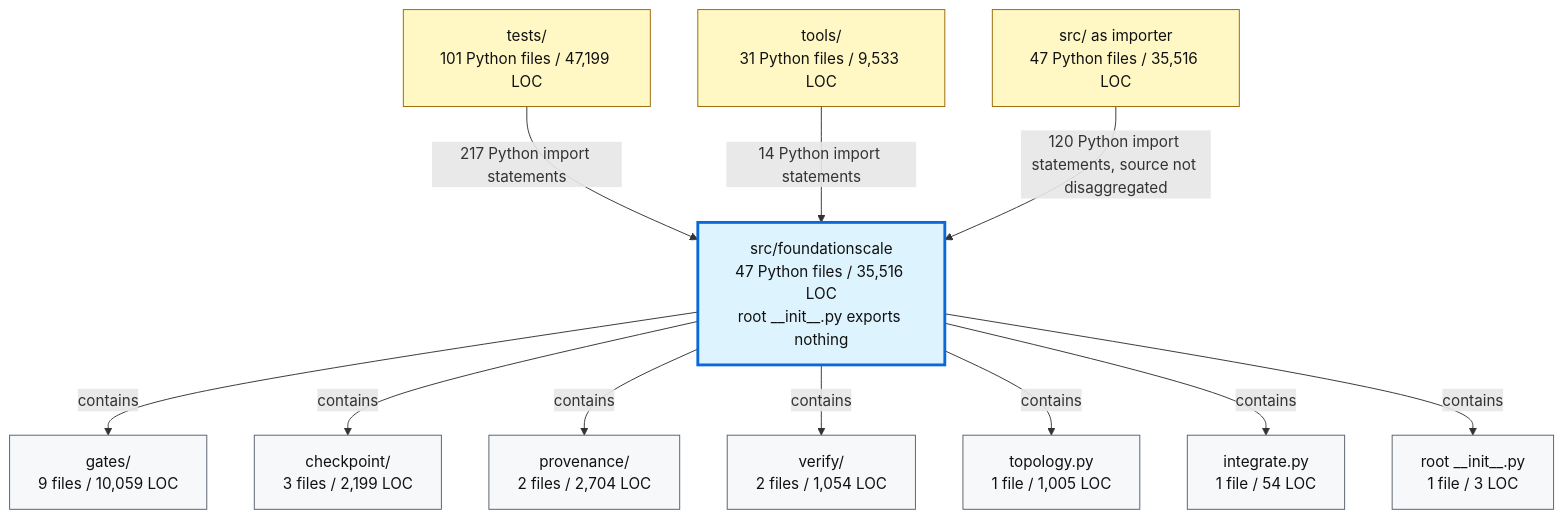
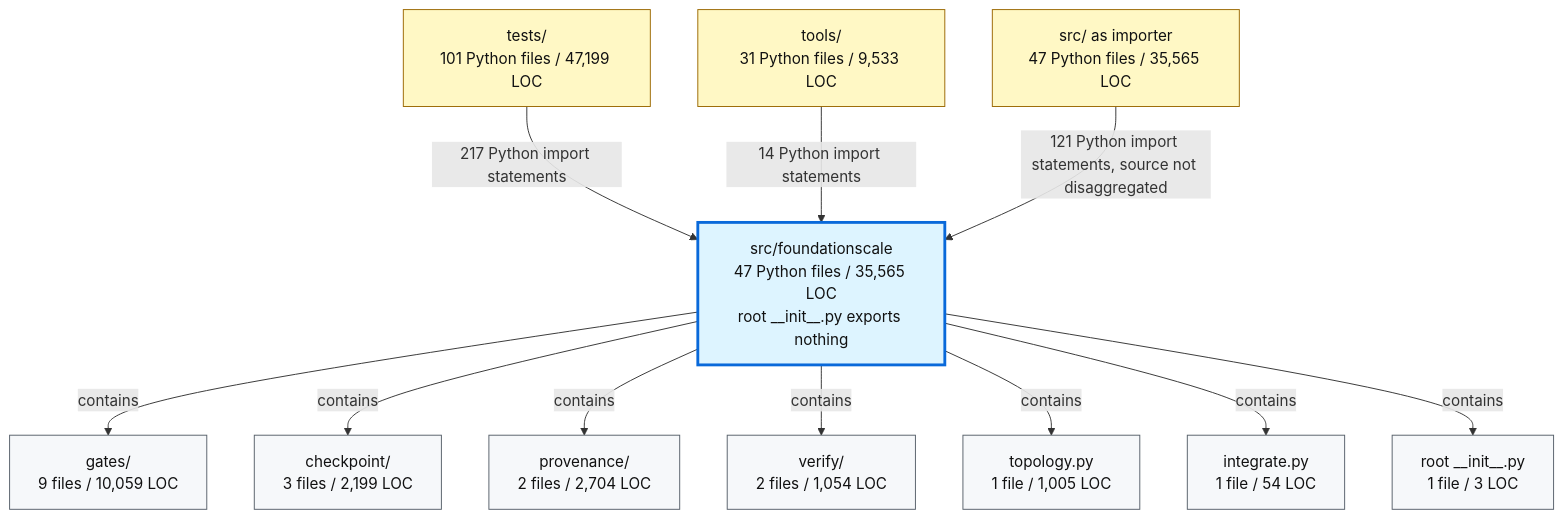
One commit to TranNhiem/FoundationScale changed the second of 2 diagrams in docs/review/D2_current_architecture.md. Above: the diagram before and after it, drawn with Mermaid. The commit also changed other lines of this file and 10 other files, not shown here.

````diff
--- a/docs/review/D2_current_architecture.md
+++ b/docs/review/D2_current_architecture.md
@@ -97,36 +97,36 @@
 ```mermaid
 flowchart TB
   TESTS["tests/<br/>101 Python files / 47,199 LOC"]
   TOOLS["tools/<br/>31 Python files / 9,533 LOC"]
-  SRC["src/ as importer<br/>47 Python files / 35,516 LOC"]
+  SRC["src/ as importer<br/>47 Python files / 35,565 LOC"]
 
-  FS["src/foundationscale<br/>47 Python files / 35,516 LOC<br/>root __init__.py exports nothing"]
+  FS["src/foundationscale<br/>47 Python files / 35,565 LOC<br/>root __init__.py exports nothing"]
 
   GATES["gates/<br/>9 files / 10,059 LOC"]
   CKPT["checkpoint/<br/>3 files / 2,199 LOC"]
   PROV["provenance/<br/>2 files / 2,704 LOC"]
   VERIFY["verify/<br/>2 files / 1,054 LOC"]
   TOPO["topology.py<br/>1 file / 1,005 LOC"]
   INTEG["integrate.py<br/>1 file / 54 LOC"]
   ROOT["root __init__.py<br/>1 file / 3 LOC"]
 
   TESTS -->|"217 Python import statements"| FS
   TOOLS -->|"14 Python import statements"| FS
-  SRC -->|"120 Python import statements, source not disaggregated"| FS
+  SRC -->|"121 Python import statements, source not disaggregated"| FS
 
   FS -->|"contains"| GATES
   FS -->|"contains"| CKPT
   FS -->|"contains"| PROV
   FS -->|"contains"| VERIFY
   FS -->|"contains"| TOPO
   FS -->|"contains"| INTEG
   FS -->|"contains"| ROOT
 
   classDef consumer fill:#fff8c5,stroke:#9a6700,color:#111;
   classDef package fill:#ddf4ff,stroke:#0969da,stroke-width:3px,color:#111;
   classDef module fill:#f6f8fa,stroke:#57606a,color:#111;
 
   class TESTS,TOOLS,SRC consumer;
   class FS package;
   class GATES,CKPT,PROV,VERIFY,TOPO,INTEG,ROOT module;
 ```
````
